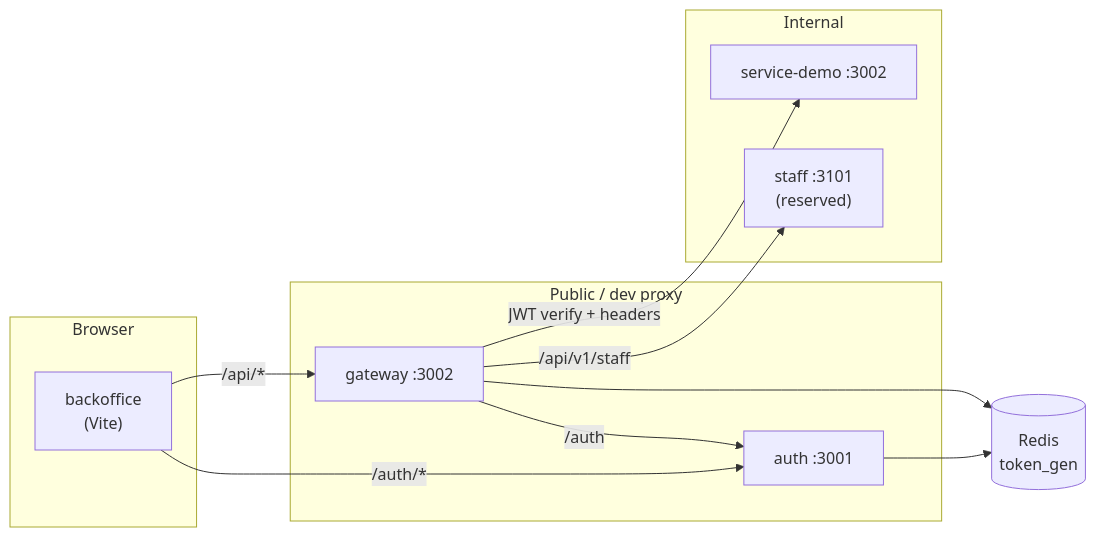
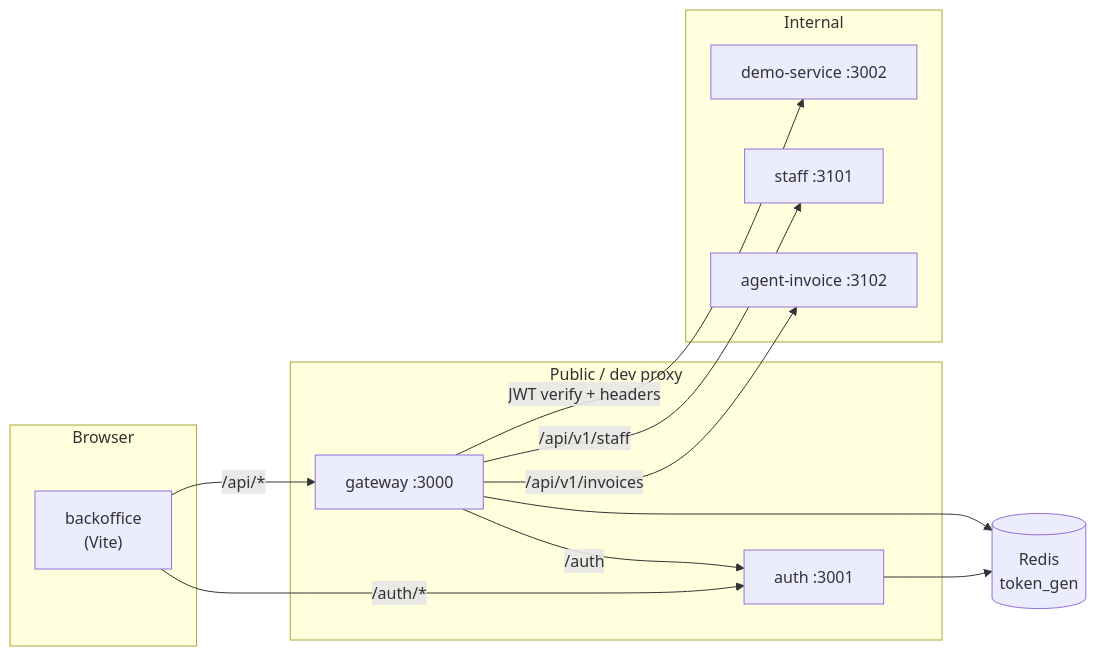
The diagram in README.md (santanapol/ai-agent-template), drawn with Mermaid before and after one commit. The commit also changed other lines of this file, not shown here.

````diff
--- a/README.md
+++ b/README.md
@@ -27,24 +30,26 @@
 ```mermaid
 flowchart LR
   subgraph client["Browser"]
     UI["backoffice\n(Vite)"]
   end
 
   subgraph edge["Public / dev proxy"]
-    G["gateway :3002"]
+    G["gateway :3000"]
     A["auth :3001"]
   end
 
   subgraph private["Internal"]
-    S["service-demo :3002"]
-    ST["staff :3101\n(reserved)"]
+    S["demo-service :3002"]
+    ST["staff :3101"]
+    AI["agent-invoice :3102"]
   end
 
   UI -->|"/auth/*"| A
   UI -->|"/api/*"| G
   G -->|JWT verify + headers| S
   G -->|"/api/v1/staff"| ST
+  G -->|"/api/v1/invoices"| AI
   G -->|"/auth"| A
   A --> Redis[(Redis\ntoken_gen)]
   G --> Redis
 ```
````
